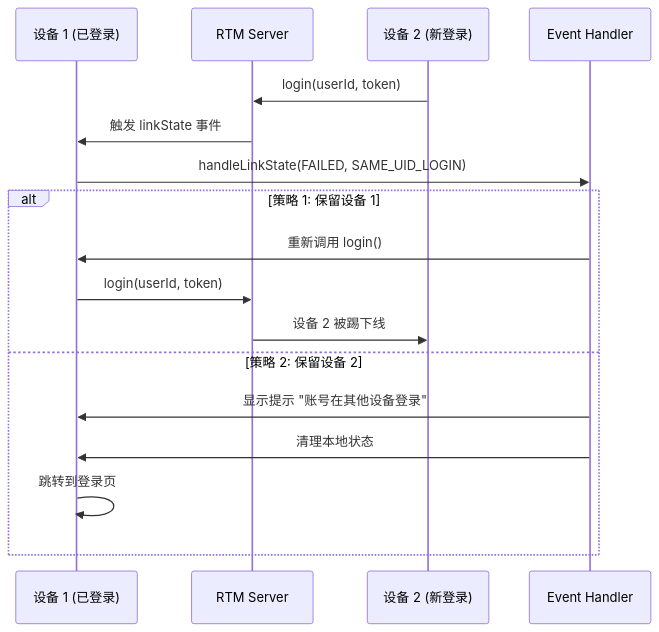
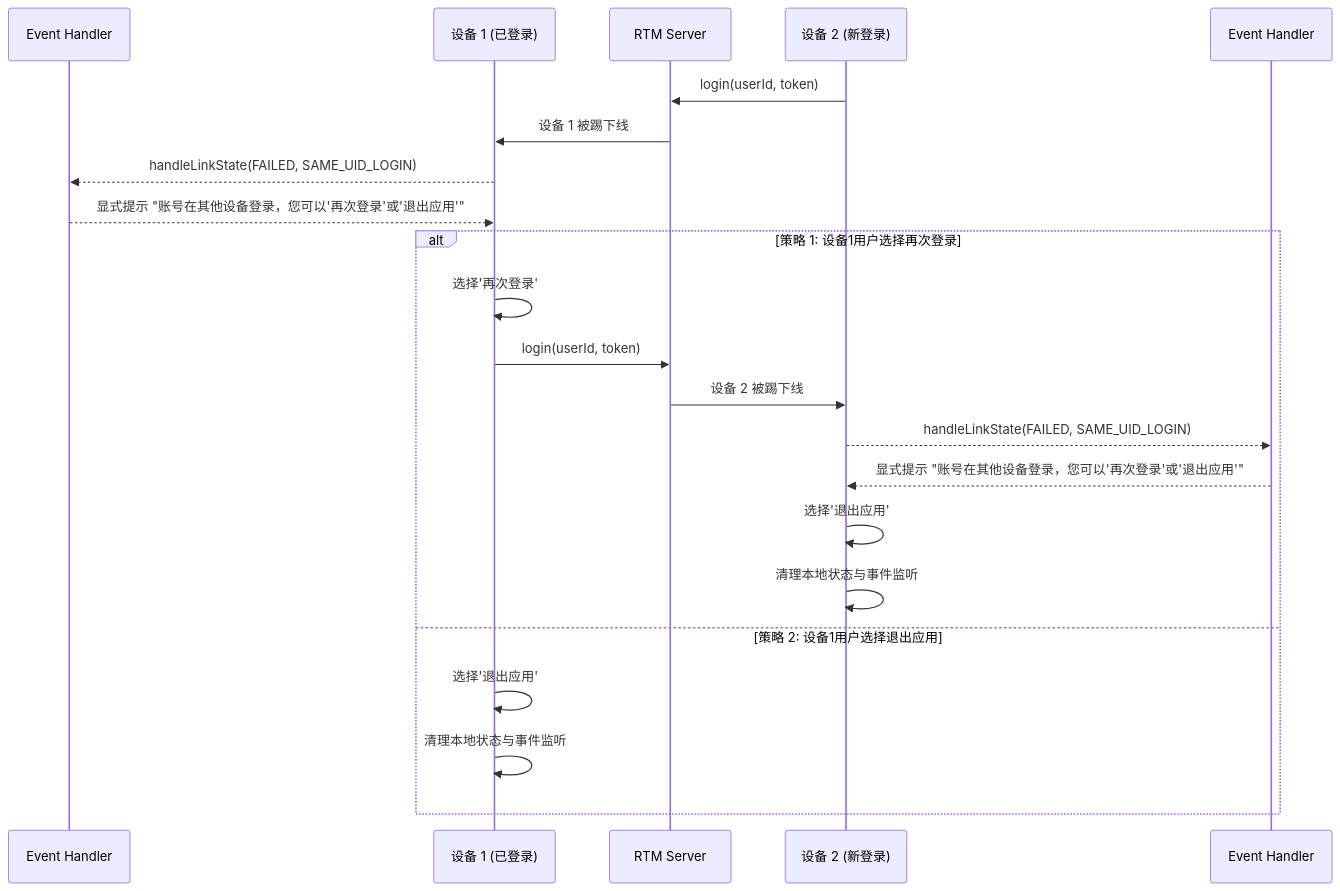
Before and after one commit to zhouxueqin0/WebRTM-Demos: the fifth of 5 diagrams in docs/RTM_INTEGRATION.md, drawn with Mermaid.

````diff
--- a/docs/RTM_INTEGRATION.md
+++ b/docs/RTM_INTEGRATION.md
@@ -231,21 +231,26 @@
 ```mermaid
 sequenceDiagram
+    participant EventHandler1 as Event Handler
     participant Device1 as 设备 1 (已登录)
     participant RTMServer as RTM Server
     participant Device2 as 设备 2 (新登录)
-    participant EventHandler as Event Handler
+    participant EventHandler2 as Event Handler
 
     Device2->>RTMServer: login(userId, token)
-    RTMServer->>Device1: 触发 linkState 事件
-    Device1->>EventHandler: handleLinkState(FAILED, SAME_UID_LOGIN)
+    RTMServer->>Device1: 设备 1 被踢下线
+    Device1-->>EventHandler1: handleLinkState(FAILED, SAME_UID_LOGIN)
+    EventHandler1-->>Device1: 显式提示 "账号在其他设备登录，您可以'再次登录'或'退出应用'"
 
-    alt 策略 1: 保留设备 1
-        EventHandler->>Device1: 重新调用 login()
+    alt 策略 1: 设备1用户选择再次登录
+        Device1->> Device1: 选择'再次登录'
         Device1->>RTMServer: login(userId, token)
         RTMServer->>Device2: 设备 2 被踢下线
-    else 策略 2: 保留设备 2
-        EventHandler->>Device1: 显示提示 "账号在其他设备登录"
-        EventHandler->>Device1: 清理本地状态
-        Device1->>Device1: 跳转到登录页
+        Device2-->>EventHandler2: handleLinkState(FAILED, SAME_UID_LOGIN)
+        EventHandler2-->>Device2: 显式提示 "账号在其他设备登录，您可以'再次登录'或'退出应用'"
+        Device2->> Device2: 选择'退出应用'
+        Device2->>Device2: 清理本地状态与事件监听
+    else 策略 2: 设备1用户选择退出应用
+        Device1->> Device1: 选择'退出应用'
+        Device1->>Device1: 清理本地状态与事件监听
     end
 ```
````
